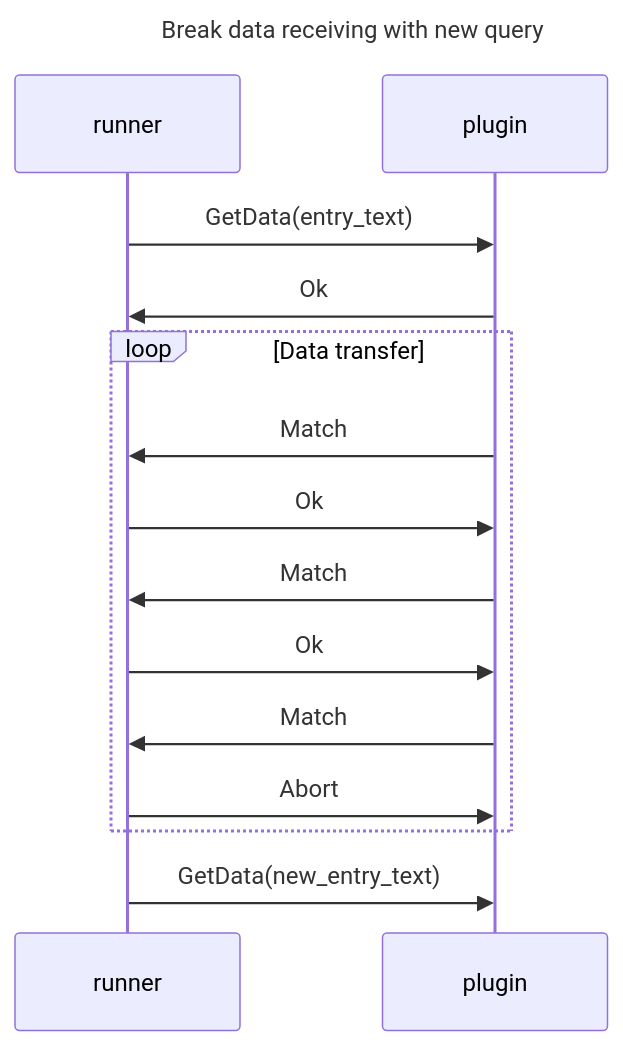
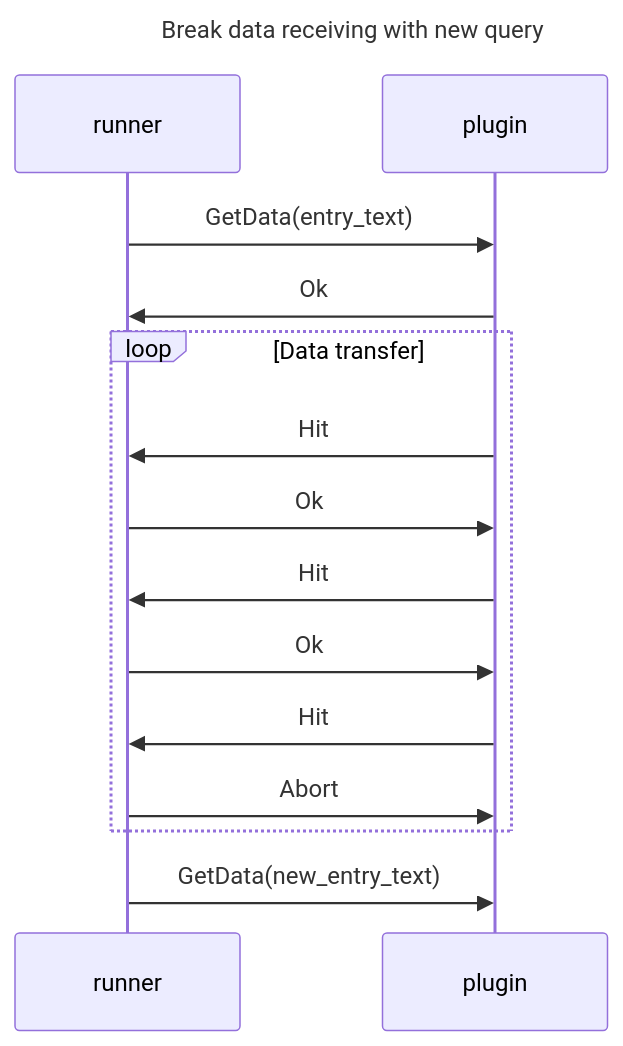
One commit to bzglve/unirun changed the second of 3 diagrams in NOTES.md. Above: the diagram before and after it, drawn with Mermaid. The commit also changed other lines of this file and 10 other files, not shown here.

First line of the commit message:
refactor: rename `Match` to `Hit` across all modules

````diff
--- a/NOTES.md
+++ b/NOTES.md
@@ -25,18 +25,18 @@
 ```mermaid
 sequenceDiagram
     title Break data receiving with new query
     participant runner
     participant plugin
 
     runner ->> plugin: GetData(entry_text)
     plugin ->> runner: Ok
     loop Data transfer
-        plugin ->> runner: Match
+        plugin ->> runner: Hit
         runner ->> plugin: Ok
-        plugin ->> runner: Match
+        plugin ->> runner: Hit
         runner ->> plugin: Ok
-        plugin ->> runner: Match
+        plugin ->> runner: Hit
         runner ->> plugin: Abort
     end
     runner ->> plugin: GetData(new_entry_text)
 ```
````
